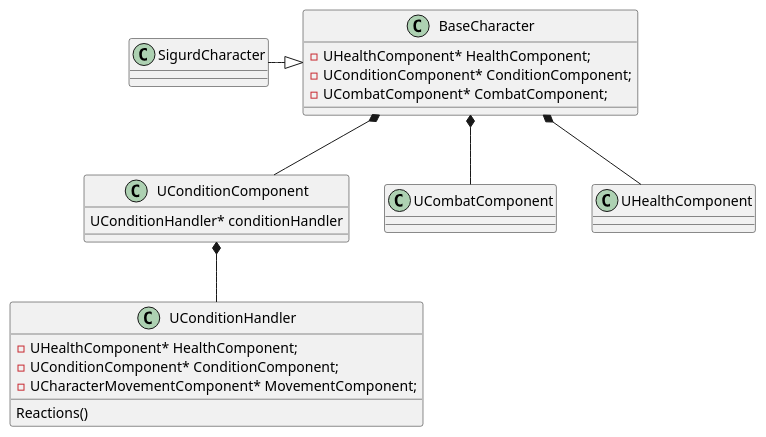
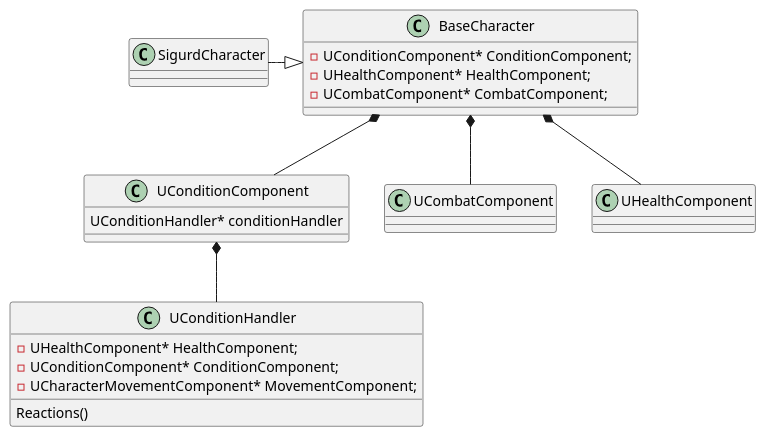
The diagram in Source/Sigurd/SigurdCharacter.puml (Troodon-Studios/Sigurd), drawn with PlantUML before and after one commit. The commit also changed 34 other files, not shown here.

```diff
--- a/Source/Sigurd/SigurdCharacter.puml
+++ b/Source/Sigurd/SigurdCharacter.puml
@@ -1,34 +1,33 @@
 @startuml
 class BaseCharacter {
-
+    -UConditionComponent* ConditionComponent;
     -UHealthComponent* HealthComponent;
-    -UConditionComponent* ConditionComponent;
     -UCombatComponent* CombatComponent;
 }
 
 class SigurdCharacter {
 
 }
 
 class UConditionComponent {
 UConditionHandler* conditionHandler
 }
 
 class UCombatComponent {}
 
 class UConditionHandler {
 	-UHealthComponent* HealthComponent;
 	-UConditionComponent* ConditionComponent;
 	-UCharacterMovementComponent* MovementComponent;
     Reactions()
 }
 
 BaseCharacter <|-left- SigurdCharacter
 
+BaseCharacter *-- UCombatComponent
 BaseCharacter *-- UHealthComponent
 BaseCharacter *-- UConditionComponent
-BaseCharacter *-- UCombatComponent
+
 UConditionComponent *-- UConditionHandler
 
-
 @enduml
```
